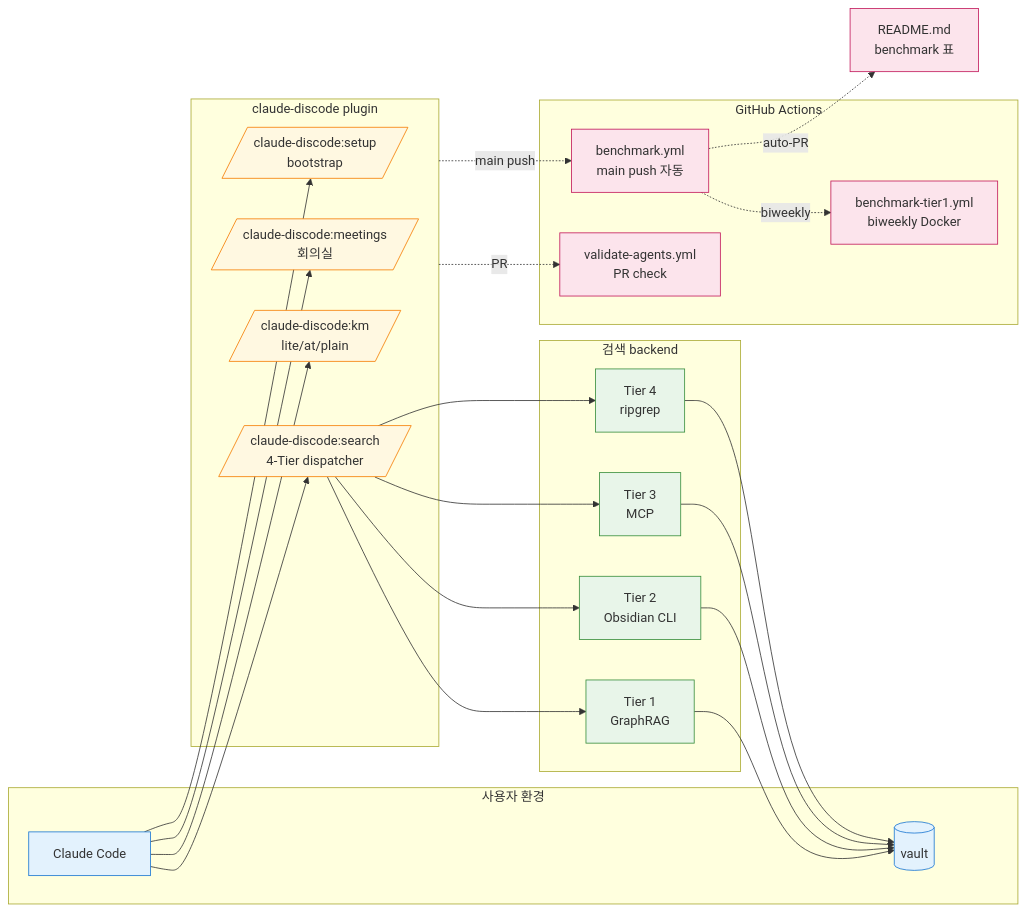
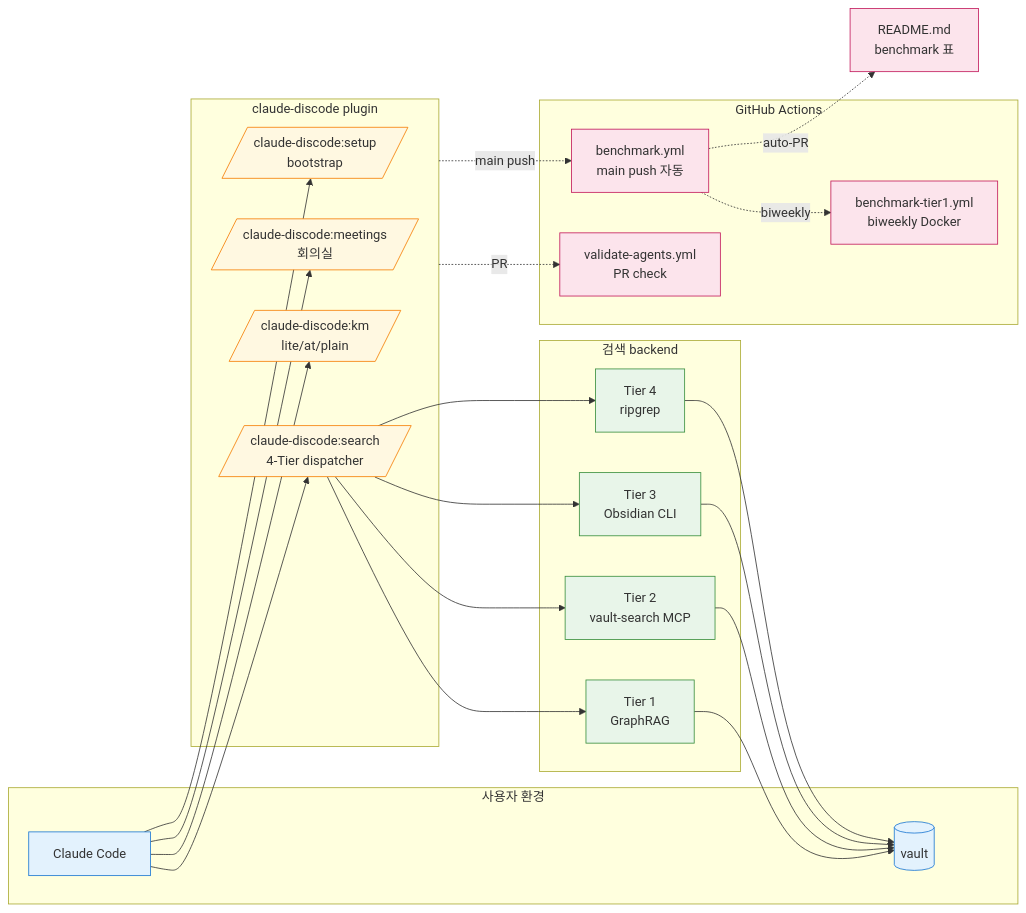
One commit to treylom/claude-discode changed the sixth of 6 diagrams in docs/ARCHITECTURE.md. Above: the diagram before and after it, drawn with Mermaid. The commit also changed other lines of this file, not shown here.

Commit message:
docs(v2.0): ARCHITECTURE.md mermaid Tier 2/3 swap (4-Tier flow + 전체 통합)

````diff
--- a/docs/ARCHITECTURE.md
+++ b/docs/ARCHITECTURE.md
@@ -151,56 +151,56 @@
 ```mermaid
 flowchart LR
     subgraph User[사용자 환경]
         CC[Claude Code]
         Vault[(vault)]
     end
 
     subgraph Plugin[claude-discode plugin]
         Search[/claude-discode:search<br/>4-Tier dispatcher/]
         KM[/claude-discode:km<br/>lite/at/plain/]
         Meet[/claude-discode:meetings<br/>회의실/]
         Setup[/claude-discode:setup<br/>bootstrap/]
     end
 
     subgraph Backend[검색 backend]
         T1[Tier 1<br/>GraphRAG]
-        T2[Tier 2<br/>Obsidian CLI]
-        T3[Tier 3<br/>MCP]
+        T2[Tier 2<br/>vault-search MCP]
+        T3[Tier 3<br/>Obsidian CLI]
         T4[Tier 4<br/>ripgrep]
     end
 
     subgraph CI[GitHub Actions]
         VA[validate-agents.yml<br/>PR check]
         BM[benchmark.yml<br/>main push 자동]
         BT1[benchmark-tier1.yml<br/>biweekly Docker]
     end
 
     CC --> Search
     CC --> KM
     CC --> Meet
     CC --> Setup
 
     Search --> T1
     Search --> T2
     Search --> T3
     Search --> T4
 
     T1 --> Vault
     T2 --> Vault
     T3 --> Vault
     T4 --> Vault
 
     Plugin -.PR.-> VA
     Plugin -.main push.-> BM
     BM -.biweekly.-> BT1
     BM -.auto-PR.-> README[README.md<br/>benchmark 표]
 
     classDef user fill:#e3f2fd,stroke:#1976d2
     classDef plugin fill:#fff8e1,stroke:#f57c00
     classDef backend fill:#e8f5e9,stroke:#388e3c
     classDef ci fill:#fce4ec,stroke:#c2185b
     class CC,Vault user
     class Search,KM,Meet,Setup plugin
     class T1,T2,T3,T4 backend
     class VA,BM,BT1,README ci
 ```
````
